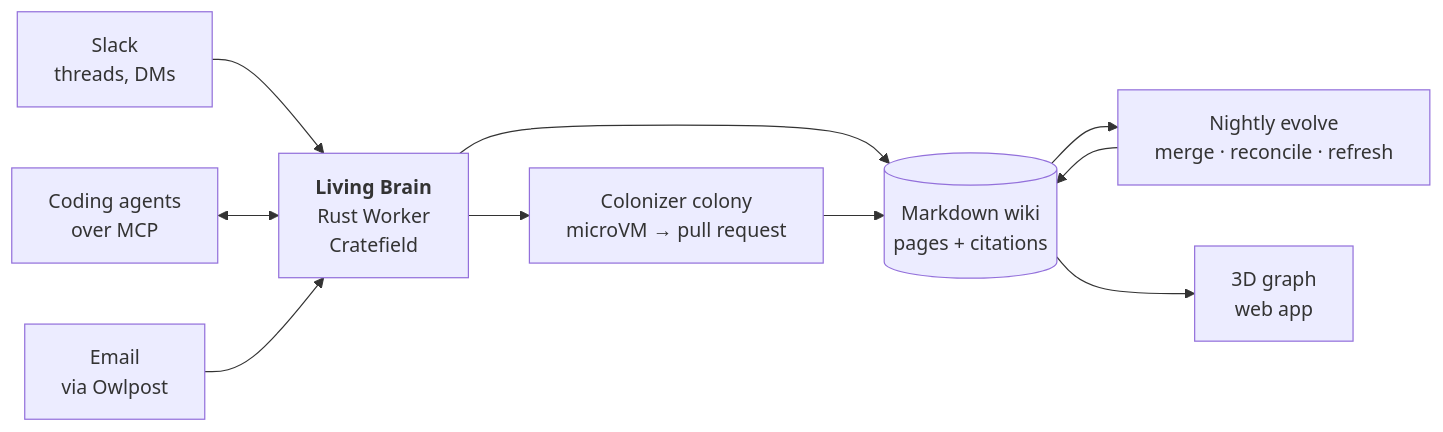
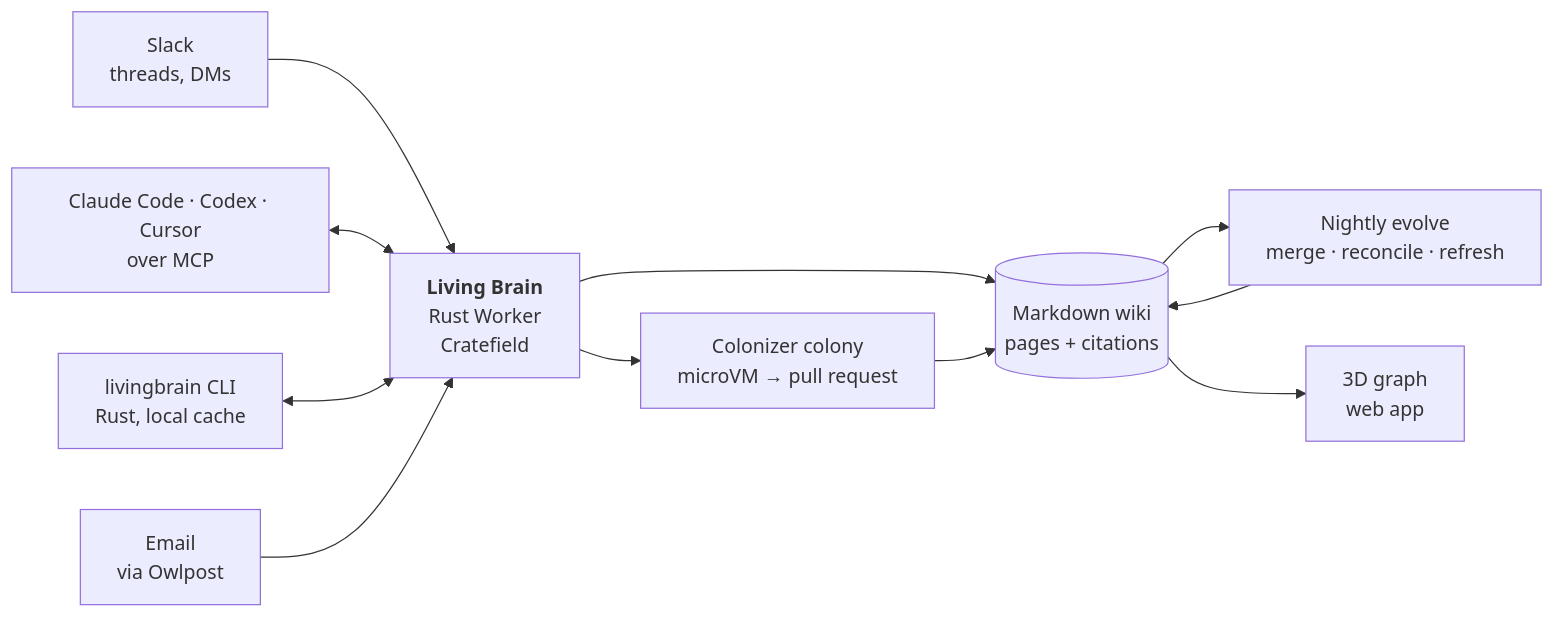
Before and after one commit to Livingbrain-wiki/livingbrain: the diagram in README.md, drawn with Mermaid. The commit also changed other lines of this file and 2 other files, not shown here.

Commit message:
Epic 4: everywhere via MCP and the CLI (one Rust binary); README positioning beyond Slack

````diff
--- a/README.md
+++ b/README.md
@@ -50,10 +51,11 @@
 ```mermaid
 flowchart LR
   S["Slack<br/>threads, DMs"] --> B
-  A["Coding agents<br/>over MCP"] <--> B
+  A["Claude Code · Codex · Cursor<br/>over MCP"] <--> B
+  T["livingbrain CLI<br/>Rust, local cache"] <--> B
   M["Email<br/>via Owlpost"] --> B
   B["<b>Living Brain</b><br/>Rust Worker<br/>Cratefield"] --> W[("Markdown wiki<br/>pages + citations")]
   W --> E["Nightly evolve<br/>merge · reconcile · refresh"] --> W
   B --> C["Colonizer colony<br/>microVM → pull request"] --> W
   W --> G["3D graph<br/>web app"]
 ```
````
